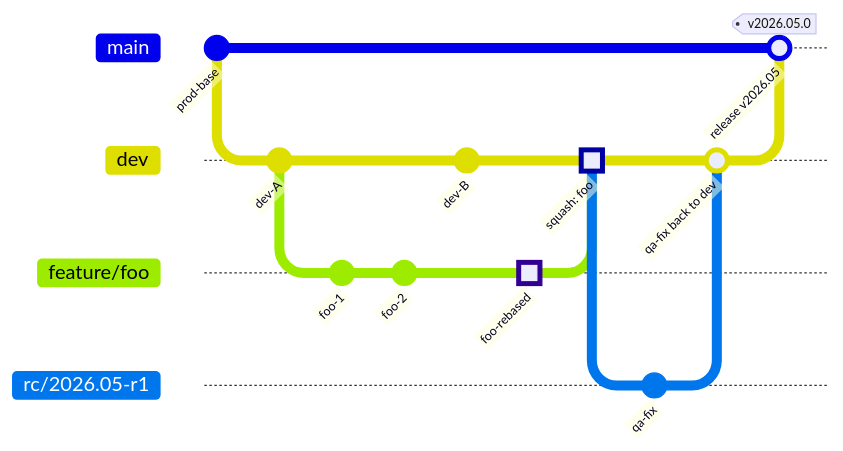
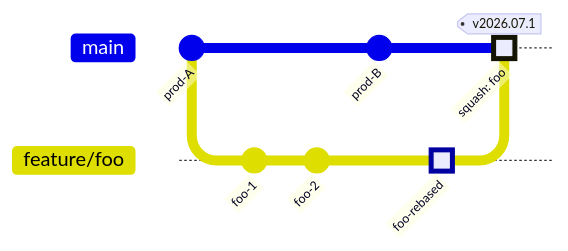
One commit to justin-fnx/overmind changed the first of 3 diagrams in docs/git-branching-strategy.md. Above: the diagram before and after it, drawn with Mermaid. The commit also changed other lines of this file and 2 other files, not shown here.

First line of the commit message:
[AI] docs: 브랜치 전략 트렁크(prod) 전환 동기화 (next-backend MR!111)

````diff
--- a/docs/git-branching-strategy.md
+++ b/docs/git-branching-strategy.md
@@ -87,22 +93,13 @@
 ```mermaid
 gitGraph
-   commit id: "prod-base"
-   branch dev
-   checkout dev
-   commit id: "dev-A"
+   commit id: "prod-A"
    branch feature/foo
    commit id: "foo-1"
    commit id: "foo-2"
-   checkout dev
-   commit id: "dev-B"
+   checkout main
+   commit id: "prod-B"
    checkout feature/foo
    commit id: "foo-rebased" type: HIGHLIGHT
-   checkout dev
-   merge feature/foo id: "squash: foo" type: HIGHLIGHT
-   branch rc/2026.05-r1
-   commit id: "qa-fix"
-   checkout dev
-   merge rc/2026.05-r1 id: "qa-fix back to dev"
    checkout main
-   merge dev id: "release v2026.05" tag: "v2026.05.0"
+   merge feature/foo id: "squash: foo" tag: "v2026.07.1" type: HIGHLIGHT
 ```
````
